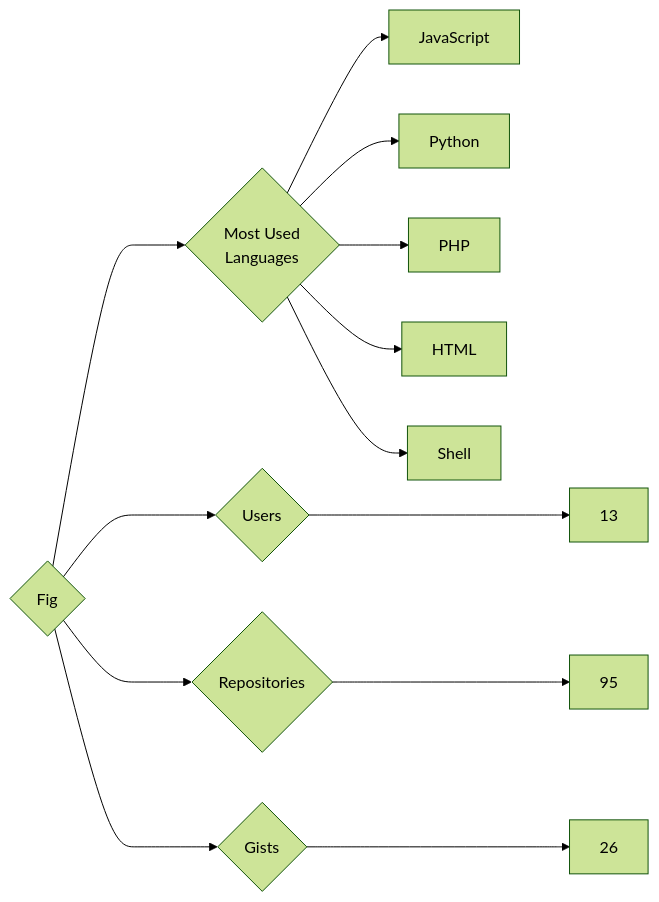
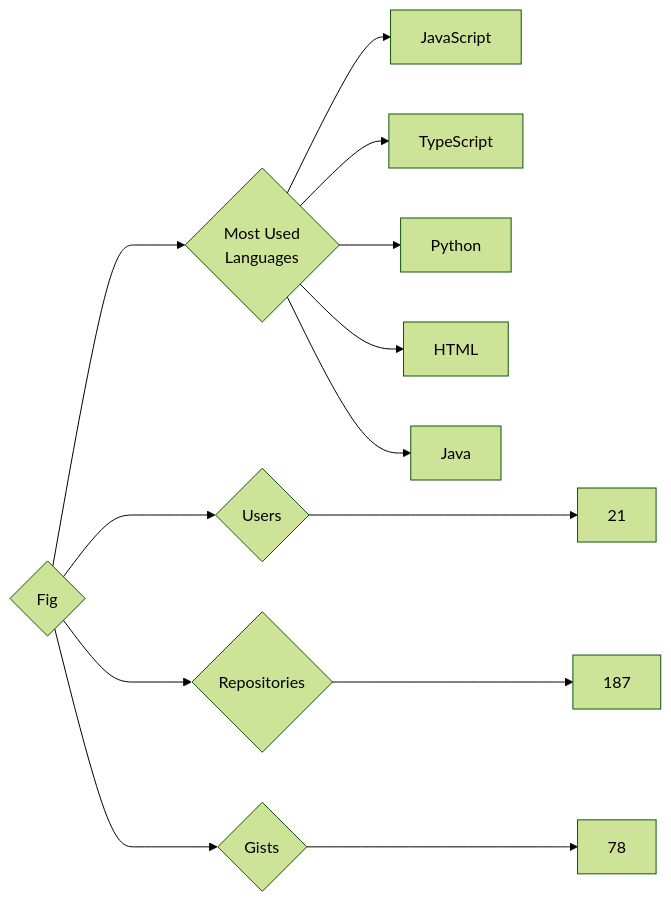
Before and after one commit to trickest/insiders: the diagram in targets/Fig/README.md, drawn with Mermaid (forest theme). The commit also changed 688 other files, not shown here.

````diff
--- a/targets/Fig/README.md
+++ b/targets/Fig/README.md
@@ -3,13 +3,13 @@
 ```mermaid
 graph LR
 COMPANY_NAME{Fig}
-COMPANY_NAME ---> U{Users} ---> UN[13]
-COMPANY_NAME ---> R{Repositories} ---> RN[95]
-COMPANY_NAME ---> G{Gists} ---> GN[26]
+COMPANY_NAME ---> U{Users} ---> UN[21]
+COMPANY_NAME ---> R{Repositories} ---> RN[187]
+COMPANY_NAME ---> G{Gists} ---> GN[78]
 COMPANY_NAME ---> ML{Most Used<br>Languages}
 ML --> JavaScript[JavaScript]
+ML --> TypeScript[TypeScript]
 ML --> Python[Python]
-ML --> PHP[PHP]
 ML --> HTML[HTML]
-ML --> Shell[Shell]
+ML --> Java[Java]
 ```
````
